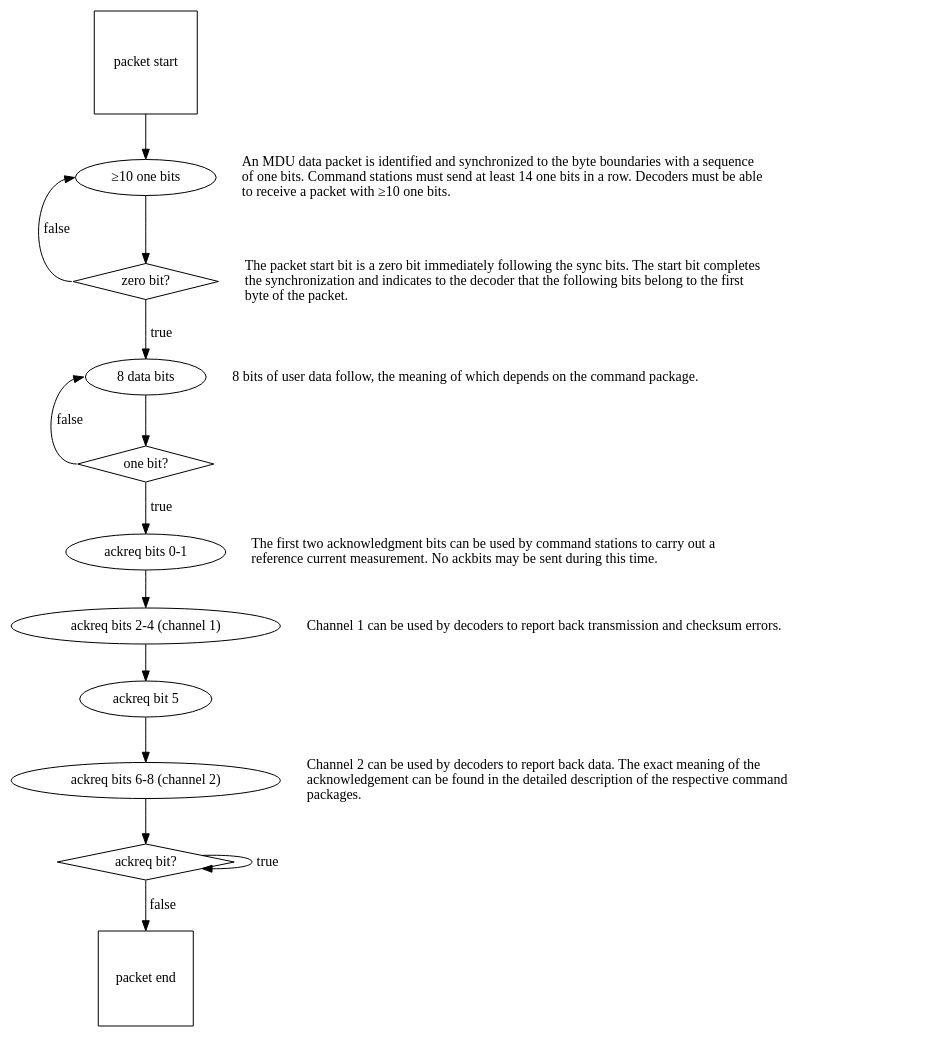
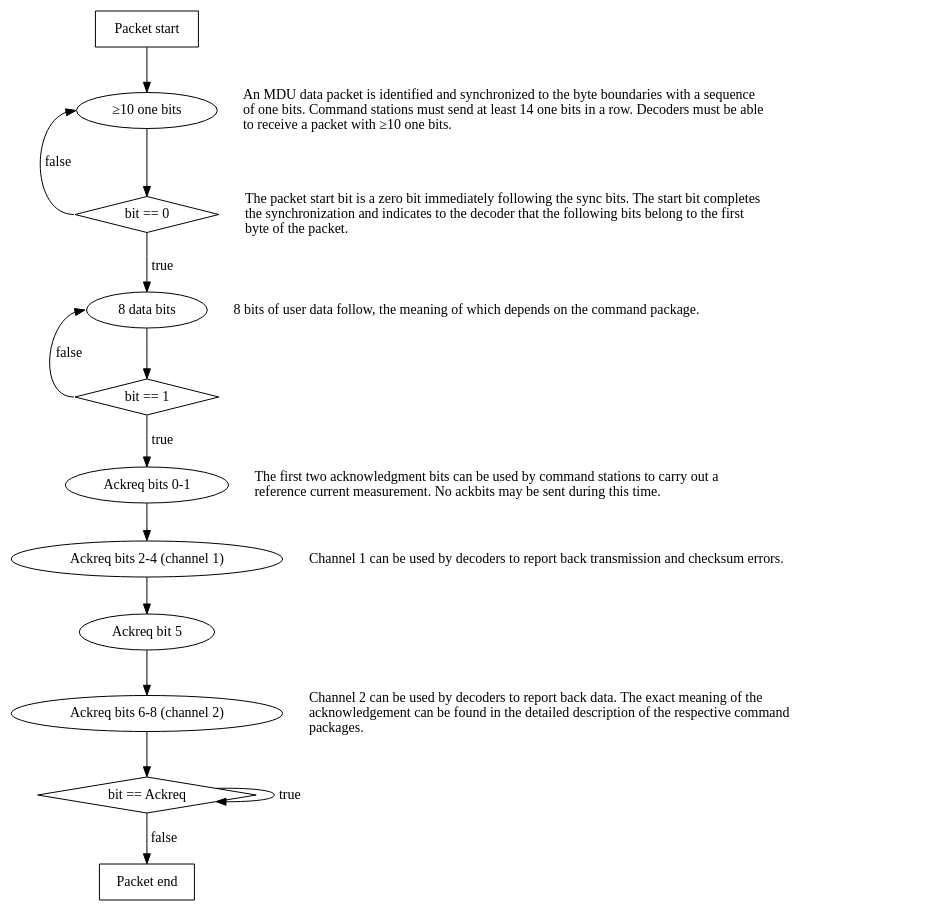
One commit to ZIMO-Elektronik/MDU changed the diagram in data/data_packet.dot. Above: the diagram before and after it, drawn with Graphviz. The commit also changed 6 other files, not shown here.

```diff
--- a/data/data_packet.dot
+++ b/data/data_packet.dot
@@ -1,50 +1,50 @@
 digraph {
-  start[shape=square, label="packet start"];
+  start[shape=rect, label="Packet start"];
   sync_bits[label="≥10 one bits"];
-  start_bit[shape=diamond, label="zero bit?"];
+  start_bit[shape=diamond, label="bit == 0"];
   start->sync_bits->start_bit;
 
   {rank = same sync_bits sync_bits_text};
   sync_bits_text[shape=none, label="An MDU data packet is identified and synchronized to the byte boundaries with a sequence\lof one bits. Command stations must send at least 14 one bits in a row. Decoders must be able\lto receive a packet with ≥10 one bits.\l"]
 
   data_bits[label="8 data bits"];
   start_bit->data_bits[label="true"];
   start_bit->sync_bits[label="false", tailport=w, headport=w, weight=0];
 
   {rank = same start_bit start_bit_text};
   start_bit_text[shape=none, label="The packet start bit is a zero bit immediately following the sync bits. The start bit completes\lthe synchronization and indicates to the decoder that the following bits belong to the first\lbyte of the packet.\l"];
 
   {rank = same data_bits data_bits_text};
   data_bits_text[shape=none, label="8 bits of user data follow, the meaning of which depends on the command package.\l"];
 
-  end_bit[shape=diamond, label="one bit?"];
+  end_bit[shape=diamond, label="bit == 1"];
   data_bits->end_bit;
   end_bit->data_bits[label="false", tailport=w, headport=w, weight=0];
-  ackreq_bits0_1[label="ackreq bits 0-1"]
+  ackreq_bits0_1[label="Ackreq bits 0-1"]
   end_bit->ackreq_bits0_1[label="true"];
 
   {rank = same ackreq_bits0_1 ackreq_bits0_1_text};
   ackreq_bits0_1_text[shape=none, label="The first two acknowledgment bits can be used by command stations to carry out a\lreference current measurement. No ackbits may be sent during this time.\l"];
 
-  ackreq_bits2_4[label="ackreq bits 2-4 (channel 1)"]
+  ackreq_bits2_4[label="Ackreq bits 2-4 (channel 1)"]
   ackreq_bits0_1->ackreq_bits2_4;
 
   {rank = same ackreq_bits2_4 ackreq_bits2_4_text};
   ackreq_bits2_4_text[shape=none, label="Channel 1 can be used by decoders to report back transmission and checksum errors.\l"];
 
-  ackreq_bits5[label="ackreq bit 5"]
+  ackreq_bits5[label="Ackreq bit 5"]
   ackreq_bits2_4->ackreq_bits5;
 
-  ackreq_bits6_8[label="ackreq bits 6-8 (channel 2)"]
+  ackreq_bits6_8[label="Ackreq bits 6-8 (channel 2)"]
   ackreq_bits5->ackreq_bits6_8;
 
   {rank = same ackreq_bits6_8 ackreq_bits6_8_text};
   ackreq_bits6_8_text[shape=none, label="Channel 2 can be used by decoders to report back data. The exact meaning of the\lacknowledgement can be found in the detailed description of the respective command\lpackages.\l"];  
 
-  ackreq_bit[shape=diamond, label="ackreq bit?"];
+  ackreq_bit[shape=diamond, label="bit == Ackreq"];
   ackreq_bits6_8->ackreq_bit;
   ackreq_bit->ackreq_bit[label="true"];
 
-  ende[shape=square, label="packet end"];
+  ende[shape=rect, label="Packet end"];
   ackreq_bit->ende[label="false"];
 }
```
